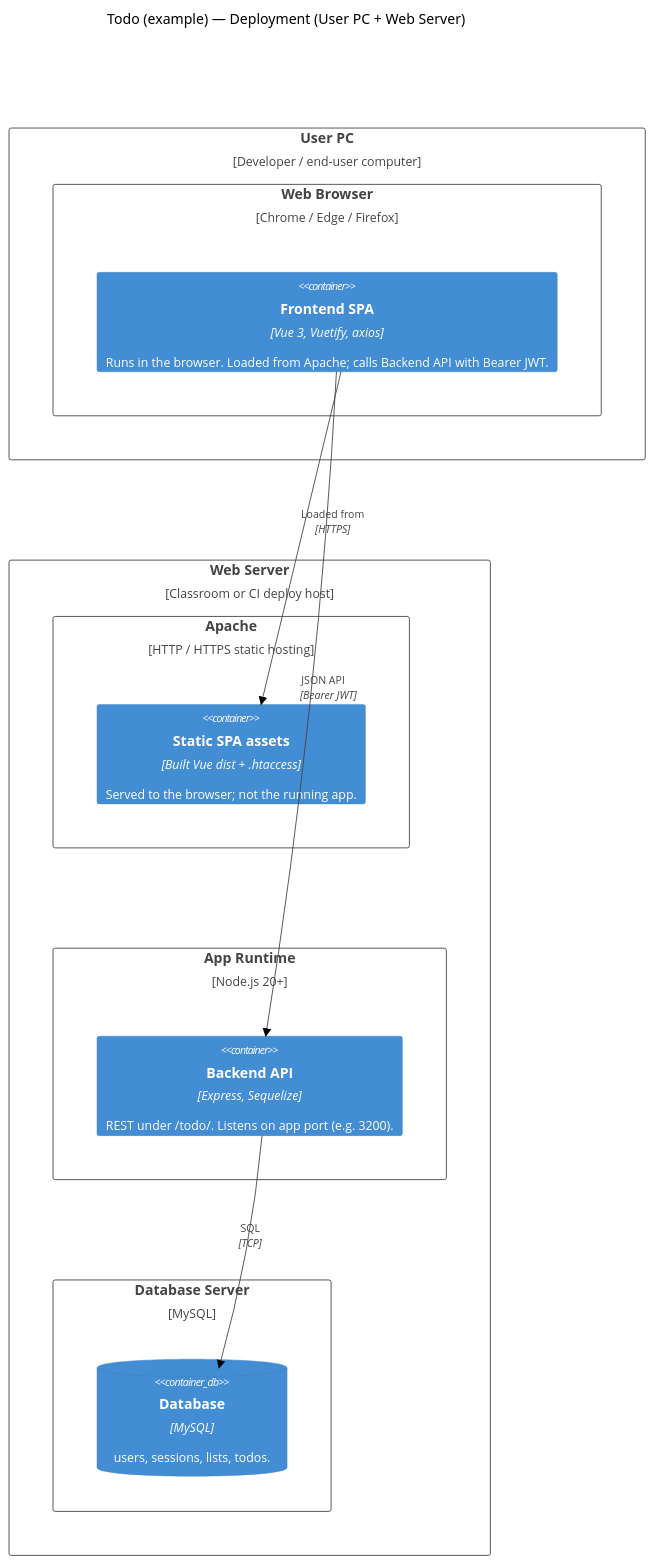
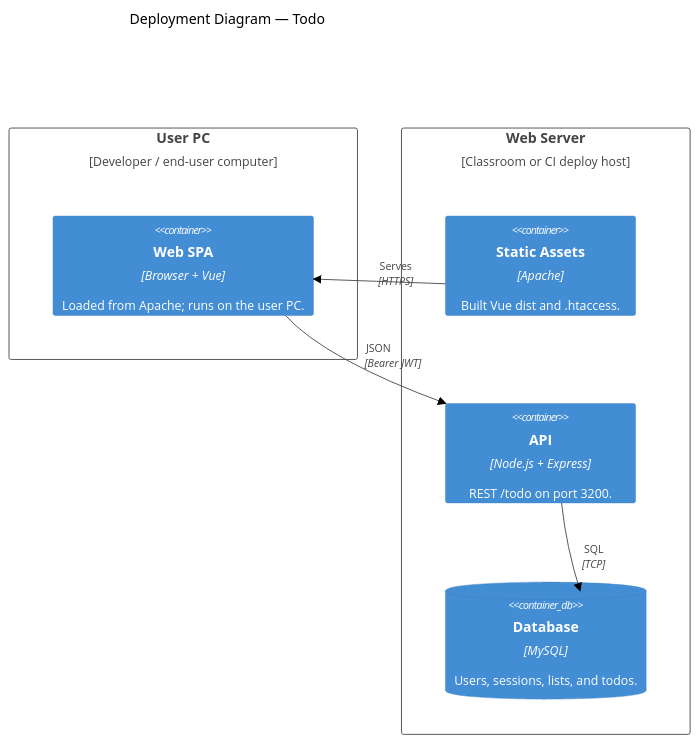
Before and after one commit to OC-ComputerScience/todospeckit: the diagram in docs/arch_diagrams/c4-deployment.md, drawn with Mermaid (forest theme). The commit also changed other lines of this file and 17 other files, not shown here.

````diff
--- a/docs/arch_diagrams/c4-deployment.md
+++ b/docs/arch_diagrams/c4-deployment.md
@@ -5,34 +5,23 @@
 ```mermaid
 C4Deployment
-title Todo (example) — Deployment (User PC + Web Server)
-
-UpdateLayoutConfig($c4ShapeInRow="3", $c4BoundaryInRow="1")
+title Deployment Diagram — Todo
 
 Deployment_Node(userPc, "User PC", "Developer / end-user computer") {
-    Deployment_Node(browser, "Web Browser", "Chrome / Edge / Firefox") {
-        Container(spa, "Frontend SPA", "Vue 3, Vuetify, axios", "Runs in the browser. Loaded from Apache; calls Backend API with Bearer JWT.")
-    }
+  Container(spa, "Web SPA", "Browser + Vue", "Loaded from Apache; runs on the user PC.")
 }
 
 Deployment_Node(webServer, "Web Server", "Classroom or CI deploy host") {
-    Deployment_Node(apache, "Apache", "HTTP / HTTPS static hosting") {
-        Container(staticAssets, "Static SPA assets", "Built Vue dist + .htaccess", "Served to the browser; not the running app.")
-    }
-
-    Deployment_Node(runtime, "App Runtime", "Node.js 20+") {
-        Container(api, "Backend API", "Express, Sequelize", "REST under /todo/. Listens on app port (e.g. 3200).")
-    }
-
-    Deployment_Node(data, "Database Server", "MySQL") {
-        ContainerDb(db, "Database", "MySQL", "users, sessions, lists, todos.")
-    }
+  Container(staticAssets, "Static Assets", "Apache", "Built Vue dist and .htaccess.")
+  Container(api, "API", "Node.js + Express", "REST /todo on port 3200.")
+  ContainerDb(db, "Database", "MySQL", "Users, sessions, lists, and todos.")
 }
 
-Rel(spa, staticAssets, "Loaded from", "HTTPS")
-Rel(spa, api, "JSON API", "Bearer JWT")
+Rel(staticAssets, spa, "Serves", "HTTPS")
+Rel(spa, api, "JSON", "Bearer JWT")
 Rel(api, db, "SQL", "TCP")
 
-UpdateRelStyle(spa, staticAssets, $offsetY="-30")
-UpdateRelStyle(spa, api, $offsetY="-30")
-UpdateRelStyle(api, db, $offsetY="-30")
+UpdateLayoutConfig($c4ShapeInRow="3", $c4BoundaryInRow="2")
+UpdateRelStyle(staticAssets, spa, $offsetY="-20")
+UpdateRelStyle(spa, api, $offsetY="-15")
+UpdateRelStyle(api, db, $offsetX="15")
 ```
````
